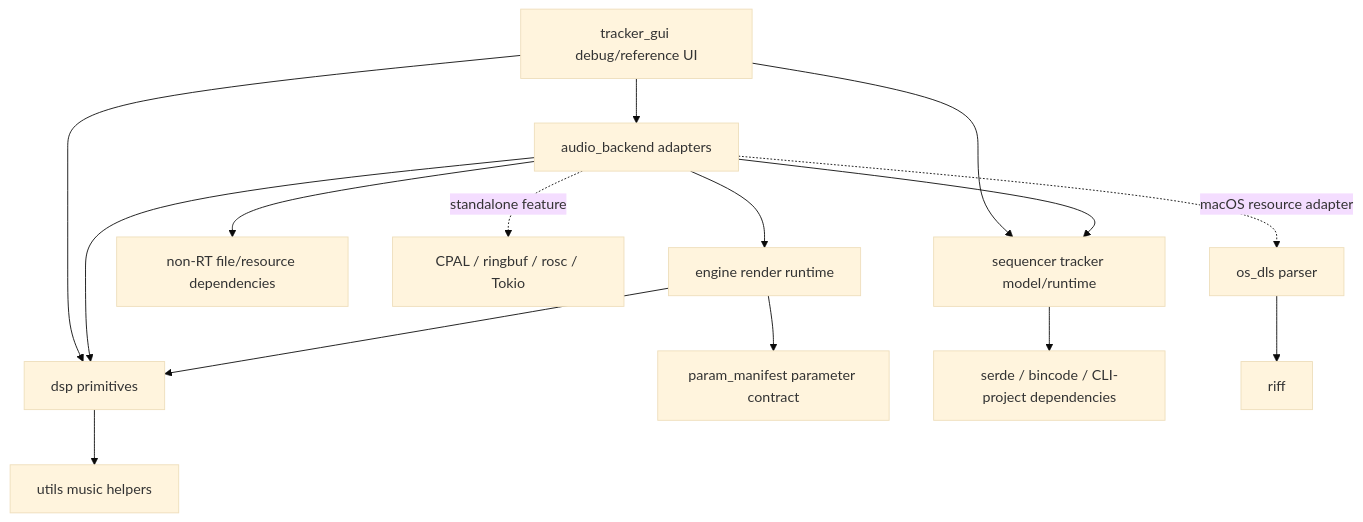
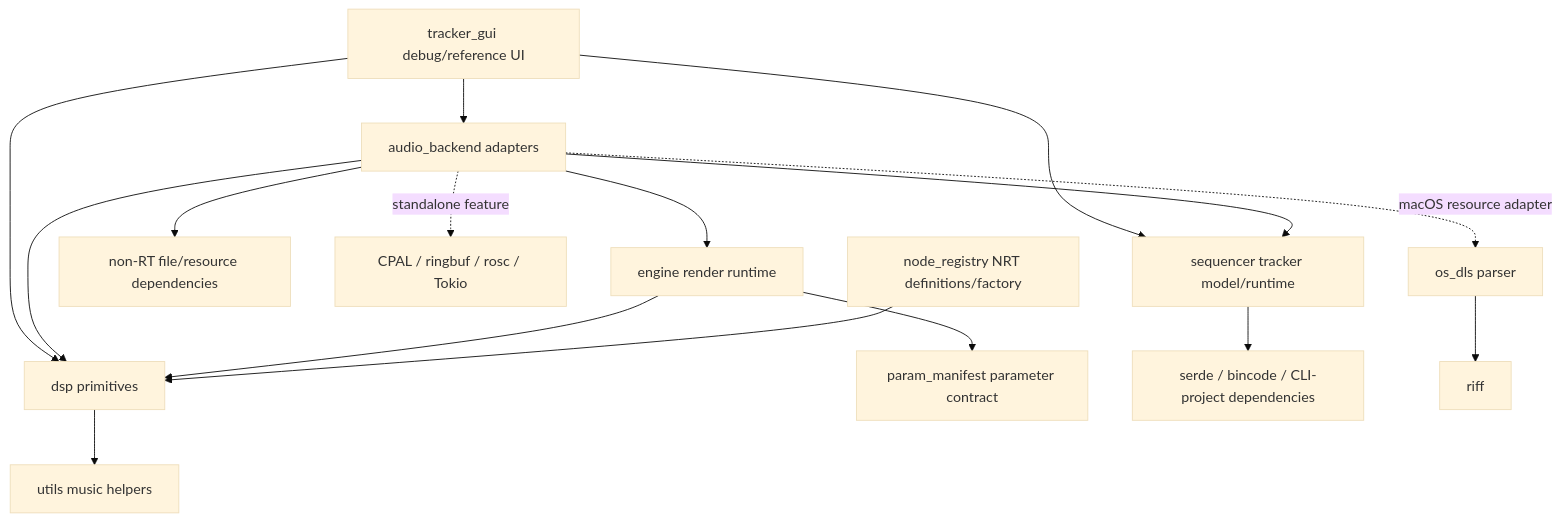
One commit to jpalvarezl/blight-synth changed the diagram in docs/architecture/crate-dependency-graph.md. Above: the diagram before and after it, drawn with Mermaid (base theme). The commit also changed other lines of this file and 12 other files, not shown here.

Commit message:
Define versioned built-in node registry (#210)

````diff
--- a/docs/architecture/crate-dependency-graph.md
+++ b/docs/architecture/crate-dependency-graph.md
@@ -11,19 +11,20 @@
 ```mermaid
 flowchart TD
     GUI[tracker_gui debug/reference UI] --> AB[audio_backend adapters]
     GUI --> SEQ[sequencer tracker model/runtime]
     GUI --> DSP[dsp primitives]
 
     AB --> ENG[engine render runtime]
     AB --> SEQ
     AB --> DSP
     AB --> IO[non-RT file/resource dependencies]
     AB -. standalone feature .-> HOST[CPAL / ringbuf / rosc / Tokio]
 
     ENG --> DSP
     ENG --> PARAM[param_manifest parameter contract]
+    REG[node_registry NRT definitions/factory] --> DSP
     DSP --> UTILS[utils music helpers]
     SEQ --> MODEL[serde / bincode / CLI-project dependencies]
     OSDLS[os_dls parser] --> RIFF[riff]
     AB -. macOS resource adapter .-> OSDLS
 ```
````
